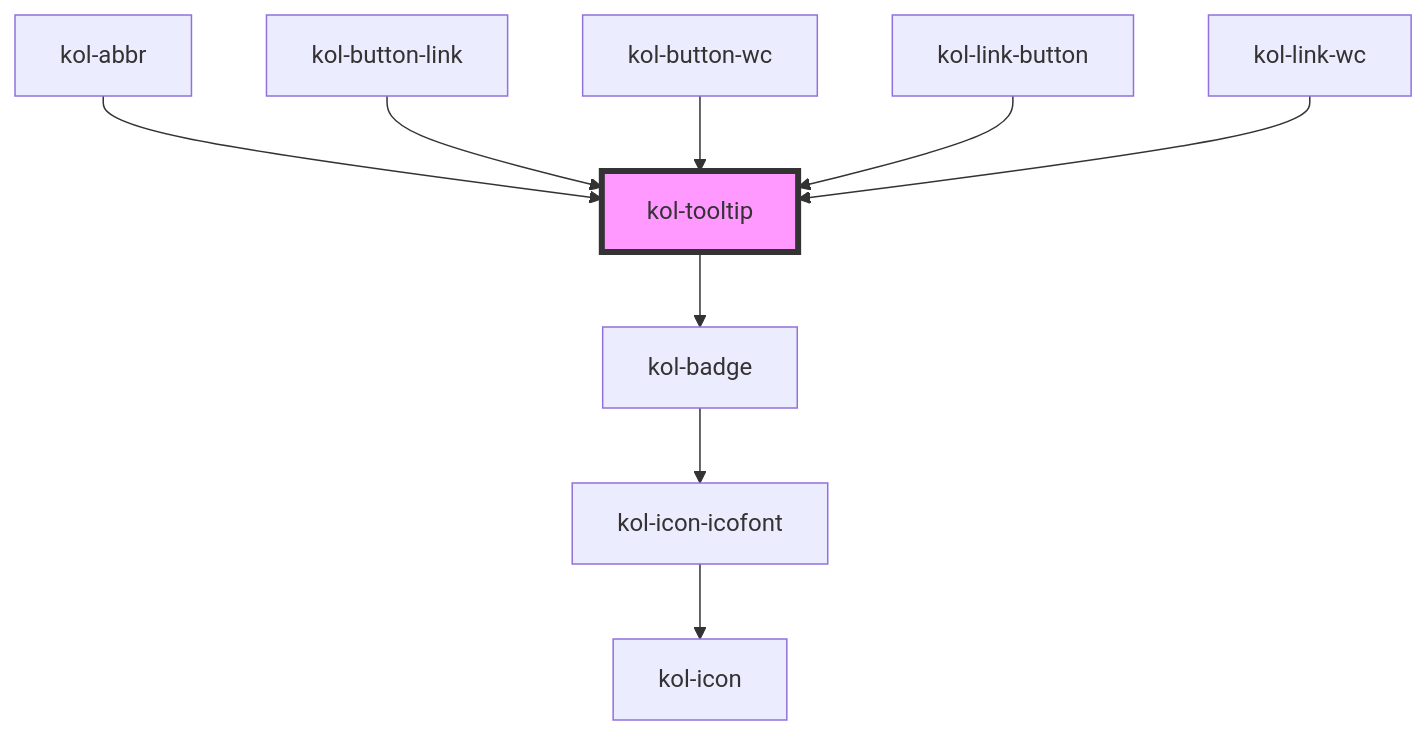
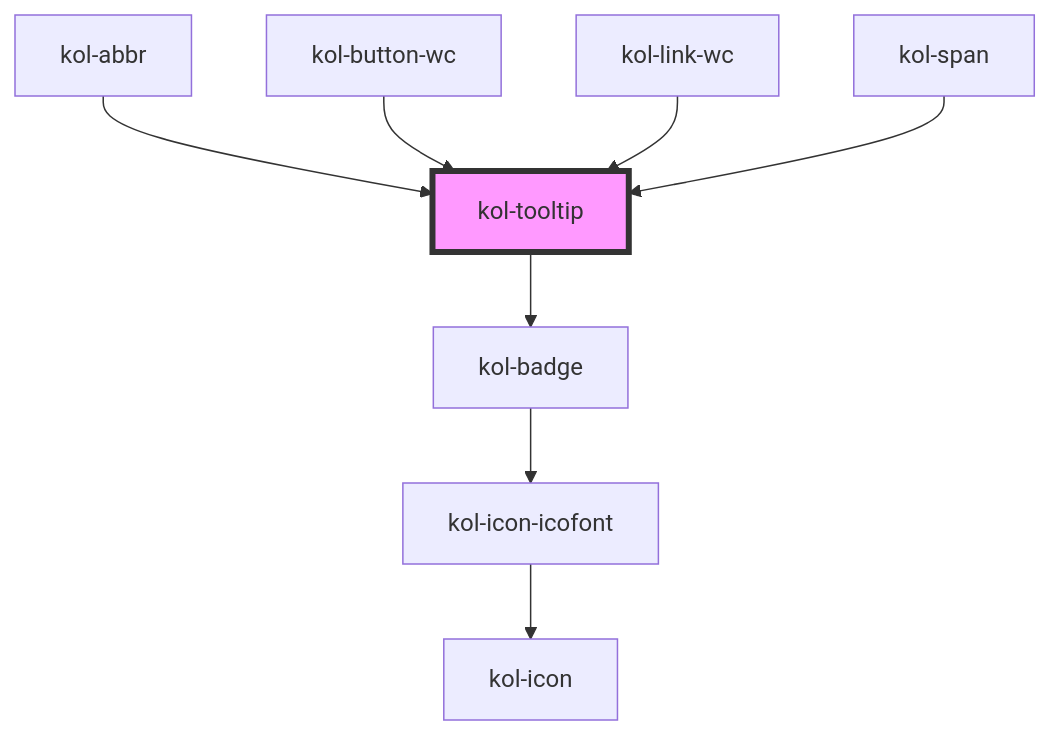
One commit to public-ui/kolibri changed the diagram in packages/library/src/components/tooltip/readme.md. Above: the diagram before and after it, drawn with Mermaid. The commit also changed other lines of this file and 20 other files, not shown here.

````diff
--- a/packages/library/src/components/tooltip/readme.md
+++ b/packages/library/src/components/tooltip/readme.md
@@ -47,12 +46,11 @@
 ```mermaid
 graph TD;
   kol-tooltip --> kol-badge
   kol-badge --> kol-icon-icofont
   kol-icon-icofont --> kol-icon
   kol-abbr --> kol-tooltip
-  kol-button-link --> kol-tooltip
   kol-button-wc --> kol-tooltip
-  kol-link-button --> kol-tooltip
   kol-link-wc --> kol-tooltip
+  kol-span --> kol-tooltip
   style kol-tooltip fill:#f9f,stroke:#333,stroke-width:4px
 ```
````
